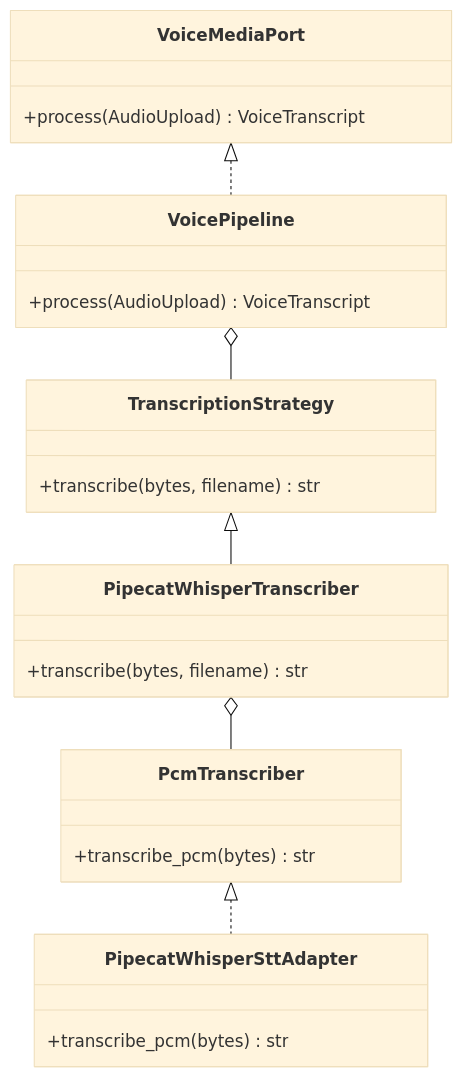
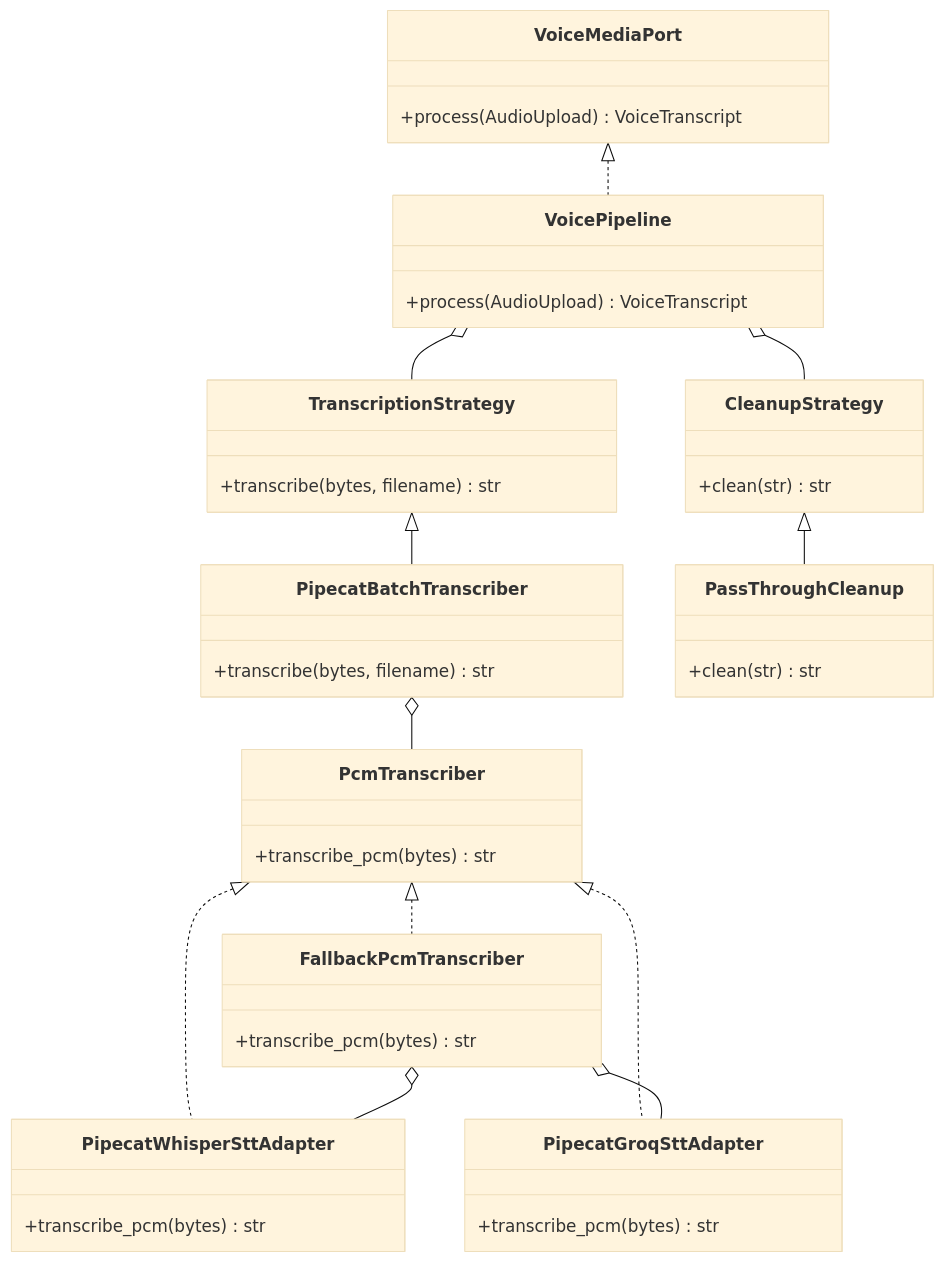
One commit to EGAdams/letta-code changed the diagram in dashboard/voice/pipecat_media/diagrams/mermaid_class/pipecat-media.md. Above: the diagram before and after it, drawn with Mermaid (base theme). The commit also changed 16 other files, not shown here.

Commit message:
feat: accelerate Toyota voice with Groq

````diff
--- a/dashboard/voice/pipecat_media/diagrams/mermaid_class/pipecat-media.md
+++ b/dashboard/voice/pipecat_media/diagrams/mermaid_class/pipecat-media.md
@@ -3,26 +3,44 @@
 ```mermaid
 classDiagram
     class VoiceMediaPort {
         +process(AudioUpload) VoiceTranscript
     }
     class VoicePipeline {
         +process(AudioUpload) VoiceTranscript
     }
     class TranscriptionStrategy {
         +transcribe(bytes, filename) str
     }
-    class PipecatWhisperTranscriber {
+    class PipecatBatchTranscriber {
         +transcribe(bytes, filename) str
     }
     class PcmTranscriber {
         +transcribe_pcm(bytes) str
     }
     class PipecatWhisperSttAdapter {
         +transcribe_pcm(bytes) str
     }
+    class PipecatGroqSttAdapter {
+        +transcribe_pcm(bytes) str
+    }
+    class FallbackPcmTranscriber {
+        +transcribe_pcm(bytes) str
+    }
+    class CleanupStrategy {
+        +clean(str) str
+    }
+    class PassThroughCleanup {
+        +clean(str) str
+    }
     VoiceMediaPort <|.. VoicePipeline
-    TranscriptionStrategy <|-- PipecatWhisperTranscriber
+    TranscriptionStrategy <|-- PipecatBatchTranscriber
     PcmTranscriber <|.. PipecatWhisperSttAdapter
+    PcmTranscriber <|.. PipecatGroqSttAdapter
+    PcmTranscriber <|.. FallbackPcmTranscriber
+    CleanupStrategy <|-- PassThroughCleanup
     VoicePipeline o-- TranscriptionStrategy
-    PipecatWhisperTranscriber o-- PcmTranscriber
+    VoicePipeline o-- CleanupStrategy
+    PipecatBatchTranscriber o-- PcmTranscriber
+    FallbackPcmTranscriber o-- PipecatGroqSttAdapter
+    FallbackPcmTranscriber o-- PipecatWhisperSttAdapter
 ```
````
